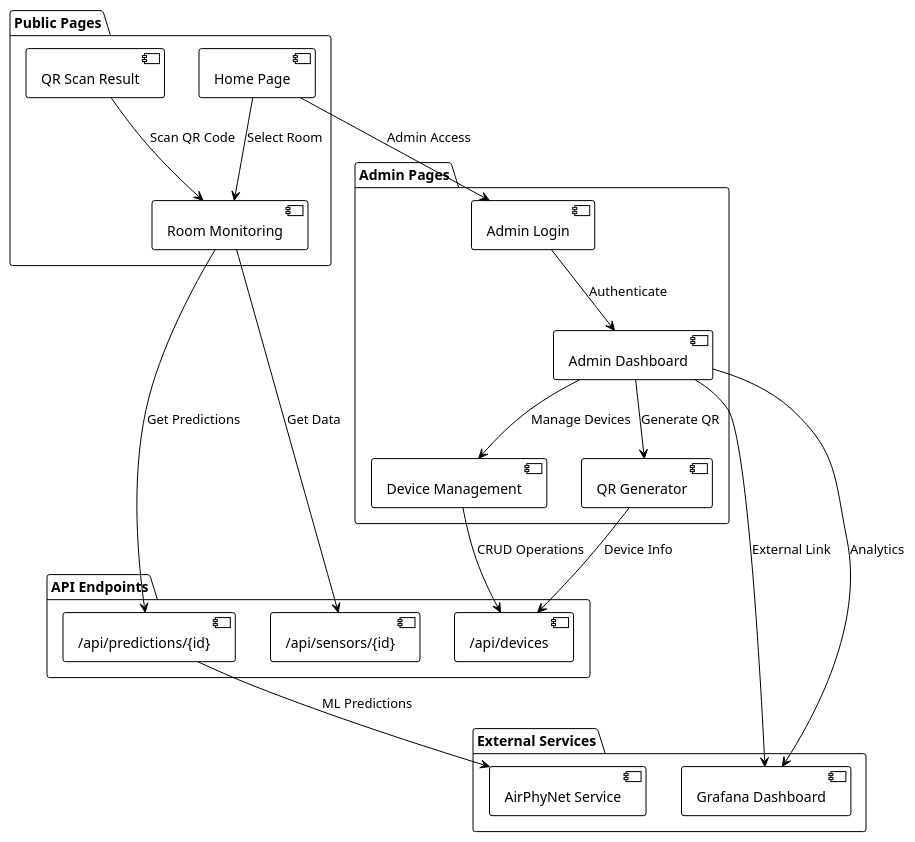
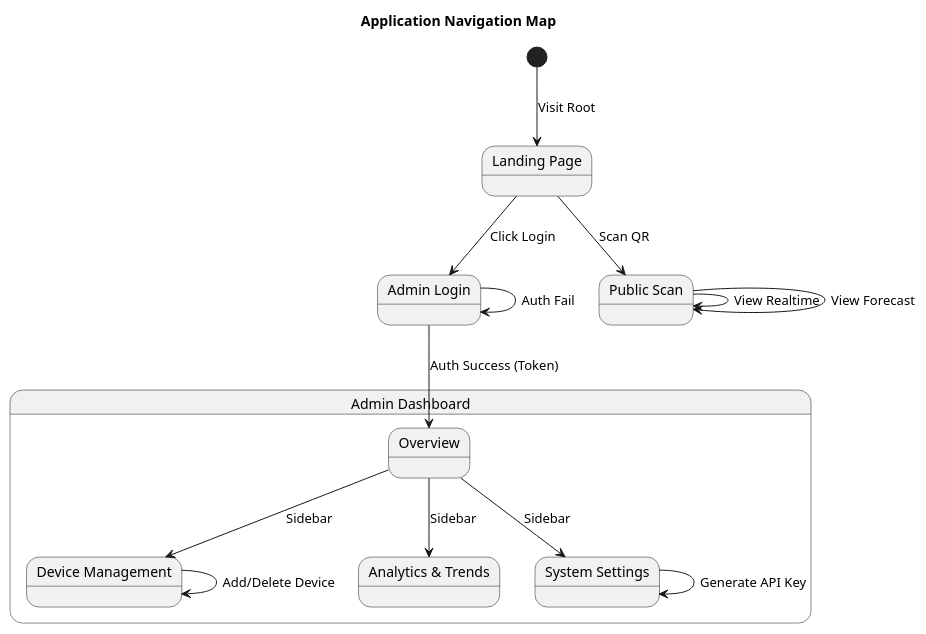
One commit to pratama404/breev changed the diagram in docs/Architecture_Diagrams/navigation-structure.puml. Above: the diagram before and after it, drawn with PlantUML. The commit also changed 47 other files, not shown here.

```diff
--- a/docs/Architecture_Diagrams/navigation-structure.puml
+++ b/docs/Architecture_Diagrams/navigation-structure.puml
@@ -1,50 +1,32 @@
-@startuml Navigation Structure
-!theme plain
+@startuml Navigation Structure - Breev Dashboard
+title Application Navigation Map
 
-skinparam backgroundColor #FFFFFF
+state "Landing Page" as Home
+state "Admin Login" as Login
+state "Public Scan" as QR_Page
 
-package "Public Pages" {
-  [Home Page] as Home
-  [Room Monitoring] as Room
-  [QR Scan Result] as QRResult
+state "Admin Dashboard" as Admin {
+    state "Overview" as DB_Home
+    state "Device Management" as DB_Devices
+    state "Analytics & Trends" as DB_Analytics
+    state "System Settings" as DB_Settings
 }
 
-package "Admin Pages" {
-  [Admin Login] as Login
-  [Admin Dashboard] as AdminDash
-  [Device Management] as DeviceMgmt
-  [QR Generator] as QRGen
-}
+[*] --> Home : Visit Root
+Home --> Login : Click Login
+Home --> QR_Page : Scan QR
 
-package "API Endpoints" {
-  [/api/devices] as DeviceAPI
-  [/api/sensors/{id}] as SensorAPI
-  [/api/predictions/{id}] as PredAPI
-}
+Login --> DB_Home : Auth Success (Token)
+Login --> Login : Auth Fail
 
-package "External Services" {
-  [Grafana Dashboard] as Grafana
-  [AirPhyNet Service] as MLService
-}
+DB_Home --> DB_Devices : Sidebar
+DB_Home --> DB_Analytics : Sidebar
+DB_Home --> DB_Settings : Sidebar
 
-' Navigation flows
-Home --> Room : Select Room
-Home --> Login : Admin Access
-QRResult --> Room : Scan QR Code
+DB_Devices --> DB_Devices : Add/Delete Device
+DB_Settings --> DB_Settings : Generate API Key
 
-Login --> AdminDash : Authenticate
-AdminDash --> DeviceMgmt : Manage Devices
-AdminDash --> QRGen : Generate QR
-AdminDash --> Grafana : Analytics
-
-' API connections
-Room --> SensorAPI : Get Data
-Room --> PredAPI : Get Predictions
-DeviceMgmt --> DeviceAPI : CRUD Operations
-QRGen --> DeviceAPI : Device Info
-
-' External integrations
-PredAPI --> MLService : ML Predictions
-AdminDash --> Grafana : External Link
+QR_Page --> QR_Page : View Realtime
+QR_Page --> QR_Page : View Forecast
 
 @enduml
```
